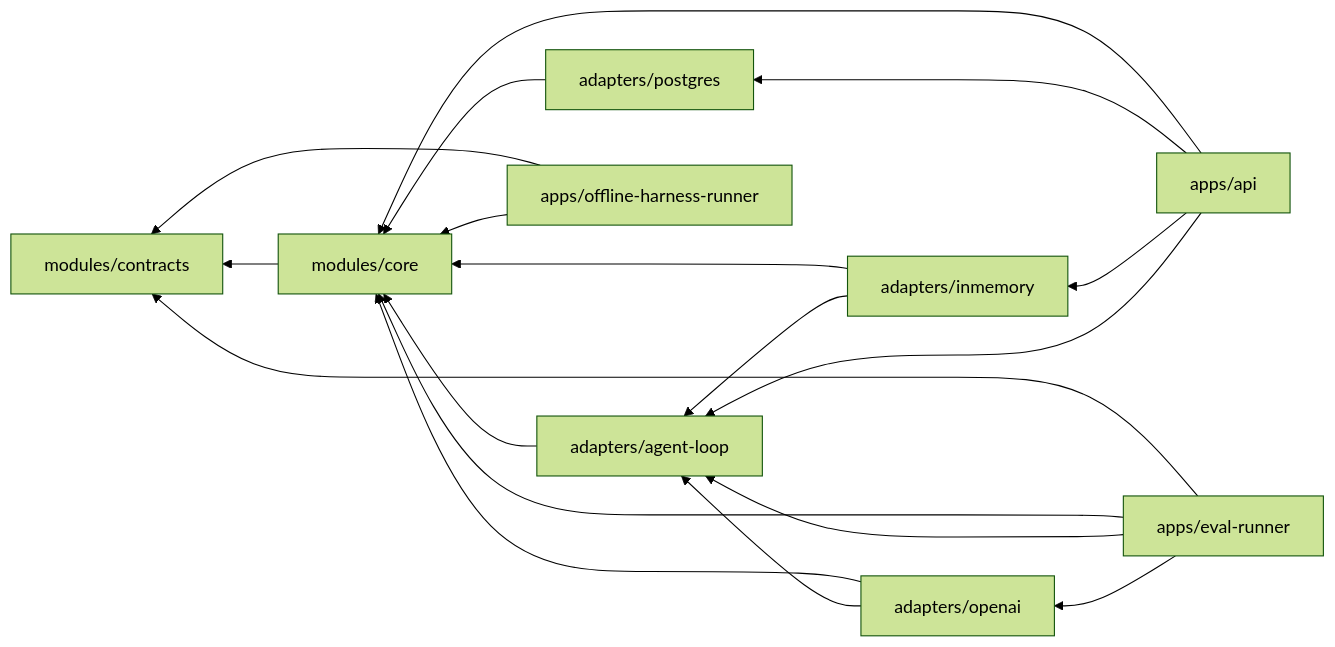
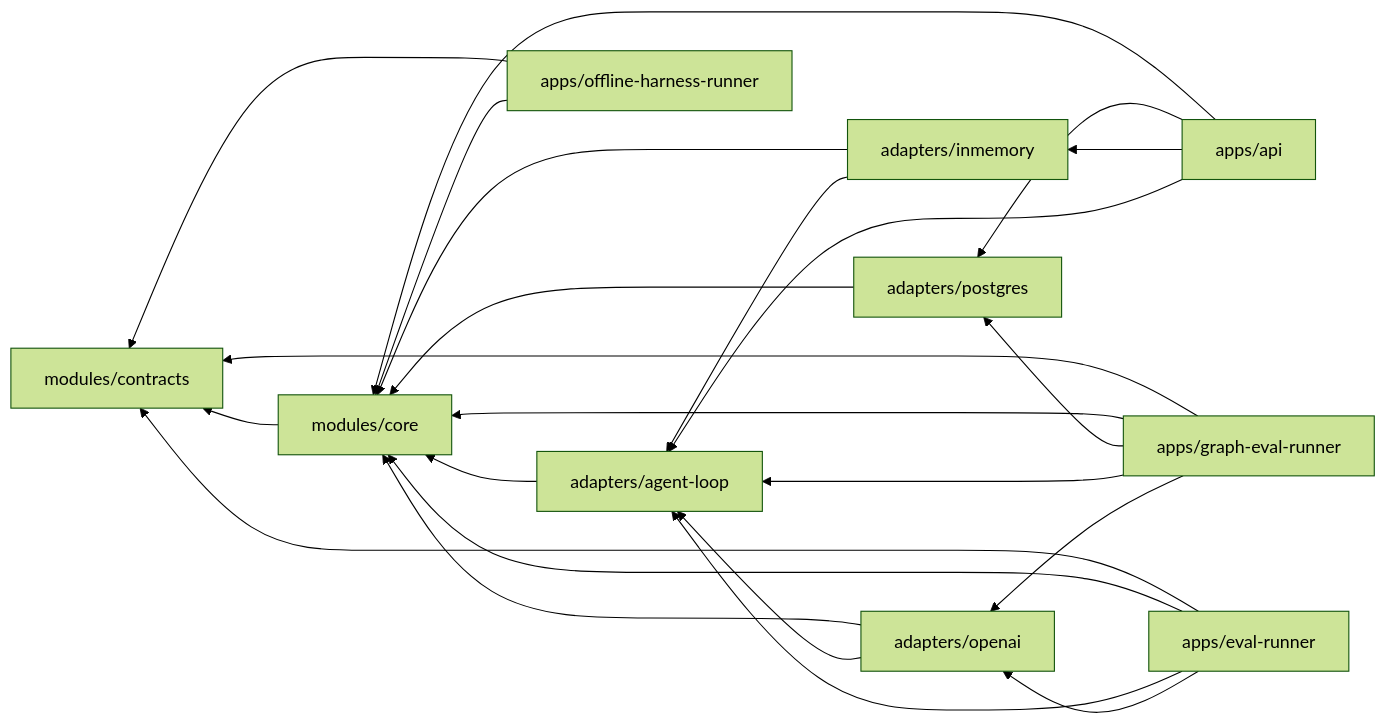
Before and after one commit to striveh/emergeos: the diagram in docs/architecture/module-map.md, drawn with Mermaid (forest theme). The commit also changed other lines of this file and 64 other files, not shown here.

Commit message:
feat: add durable graph crash boundary

````diff
--- a/docs/architecture/module-map.md
+++ b/docs/architecture/module-map.md
@@ -68,30 +83,36 @@
 ```mermaid
 flowchart RL
   API["apps/api"]
   LOOP["adapters/agent-loop"]
   MEM["adapters/inmemory"]
   PG["adapters/postgres"]
   OAI["adapters/openai"]
   EVAL["apps/eval-runner"]
   OEVAL["apps/offline-harness-runner"]
+  GEVAL["apps/graph-eval-runner"]
   CORE["modules/core"]
   CT["modules/contracts"]
 
   API --> LOOP
   API --> MEM
   API --> PG
   API --> CORE
   MEM --> LOOP
   OAI --> LOOP
   OAI --> CORE
   EVAL --> OAI
   EVAL --> LOOP
   EVAL --> CORE
   EVAL --> CT
   OEVAL --> CORE
   OEVAL --> CT
+  GEVAL --> OAI
+  GEVAL --> LOOP
+  GEVAL --> PG
+  GEVAL --> CORE
+  GEVAL --> CT
   LOOP --> CORE
   MEM --> CORE
   PG --> CORE
   CORE --> CT
 ```
````
